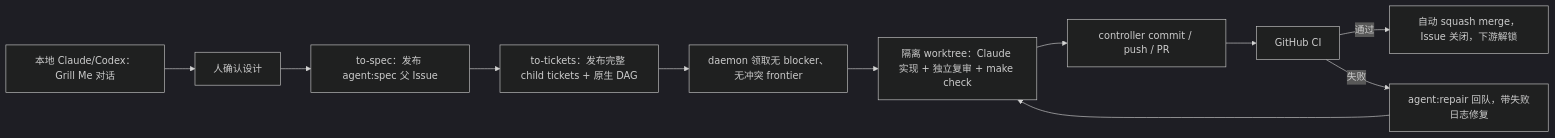
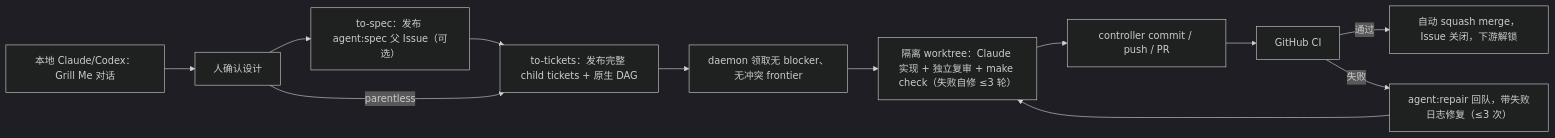
One commit to LkxPro/insuredesk changed the diagram in docs/agents/agent-loop.md. Above: the diagram before and after it, drawn with Mermaid (dark theme). The commit also changed other lines of this file and 14 other files, not shown here.

First line of the commit message:
feat: agent loop 自治化——本地 claude 配置、失败分级重试、parentless tickets

````diff
--- a/docs/agents/agent-loop.md
+++ b/docs/agents/agent-loop.md
@@ -22,13 +22,14 @@
 ```mermaid
 flowchart LR
   G["本地 Claude/Codex：Grill Me 对话"] --> C["人确认设计"]
-  C --> S["to-spec：发布 agent:spec 父 Issue"]
+  C --> S["to-spec：发布 agent:spec 父 Issue（可选）"]
   S --> T["to-tickets：发布完整 child tickets + 原生 DAG"]
+  C -->|parentless| T
   T --> F["daemon 领取无 blocker、无冲突 frontier"]
-  F --> W["隔离 worktree：Claude 实现 + 独立复审 + make check"]
+  F --> W["隔离 worktree：Claude 实现 + 独立复审 + make check（失败自修 ≤3 轮）"]
   W --> P["controller commit / push / PR"]
   P --> CI["GitHub CI"]
   CI -->|通过| M["自动 squash merge，Issue 关闭，下游解锁"]
-  CI -->|失败| R["agent:repair 回队，带失败日志修复"]
+  CI -->|失败| R["agent:repair 回队，带失败日志修复（≤3 次）"]
   R --> W
 ```
````
